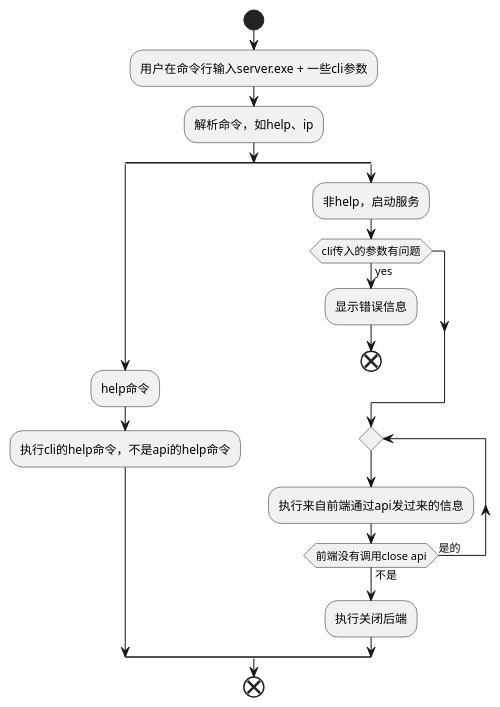
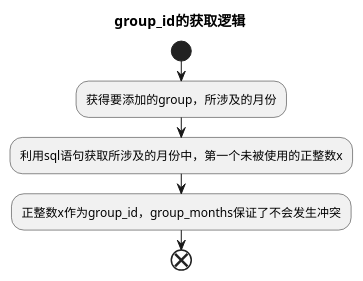
One commit to matt8848-max/account changed the diagram in server.puml. Above: the diagram before and after it, drawn with PlantUML. The commit also changed 9 other files, not shown here.

```diff
--- a/server.puml
+++ b/server.puml
@@ -1,24 +1,13 @@
 @startuml
-start 
 
-:用户在命令行输入server.exe + 一些cli参数;
-:解析命令，如help、ip;
-split
-    :help命令;
-    :执行cli的help命令，不是api的help命令;
-split again
-    :非help，启动服务;
-    
-    if (cli传入的参数有问题) then (yes)
-        :显示错误信息;
-        end
-    endif
-    repeat
-        :执行来自前端通过api发过来的信息;
-    repeat while (前端没有调用close api) is (是的) not (不是)
-    :执行关闭后端;
-end split
+title group_id的获取逻辑
+start
+
+
+:获得要添加的group，所涉及的月份;
+:利用sql语句获取所涉及的月份中，第一个未被使用的正整数x;
+:正整数x作为group_id，group_months保证了不会发生冲突;
 
 end
 
 @enduml
```
